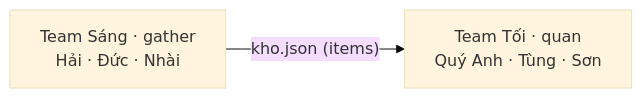
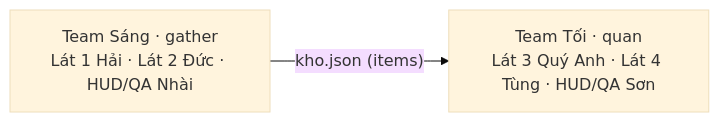
The diagram in TEAM.md (NgoHai0804/K5-L3B-LAB-Day12-AI-SDLC-SiVuong), drawn with Mermaid (base theme) before and after one commit. The commit also changed other lines of this file and 1 other file, not shown here.

Commit message:
update file team phase 1

````diff
--- a/TEAM.md
+++ b/TEAM.md
@@ -18,4 +18,4 @@
 ```mermaid
 flowchart LR
-  SANG["Team Sáng · gather<br/>Hải · Đức · Nhài"] -- "kho.json (items)" --> TOI["Team Tối · quan<br/>Quý Anh · Tùng · Sơn"]
+  SANG["Team Sáng · gather<br/>Lát 1 Hải · Lát 2 Đức · HUD/QA Nhài"] -- "kho.json (items)" --> TOI["Team Tối · quan<br/>Lát 3 Quý Anh · Lát 4 Tùng · HUD/QA Sơn"]
 ```
````
